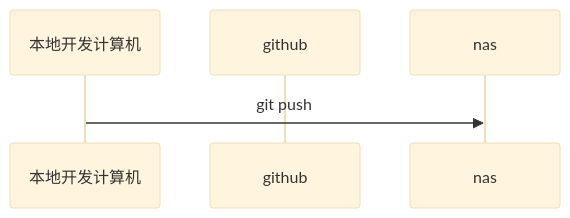
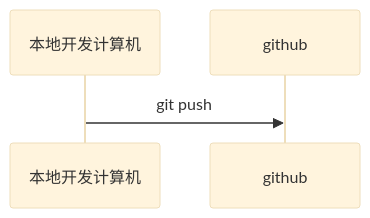
Before and after one commit to nanliujing666/myblog: the second of 2 diagrams in content/post/nas_to_public.md, drawn with Mermaid (base theme).

````diff
--- a/content/post/nas_to_public.md
+++ b/content/post/nas_to_public.md
@@ -31,6 +31,6 @@
 ```mermaid
   sequenceDiagram
   participant 本地开发计算机
   participant github
-  本地开发计算机->>nas:git push
+  本地开发计算机->>github:git push
 ```
````
